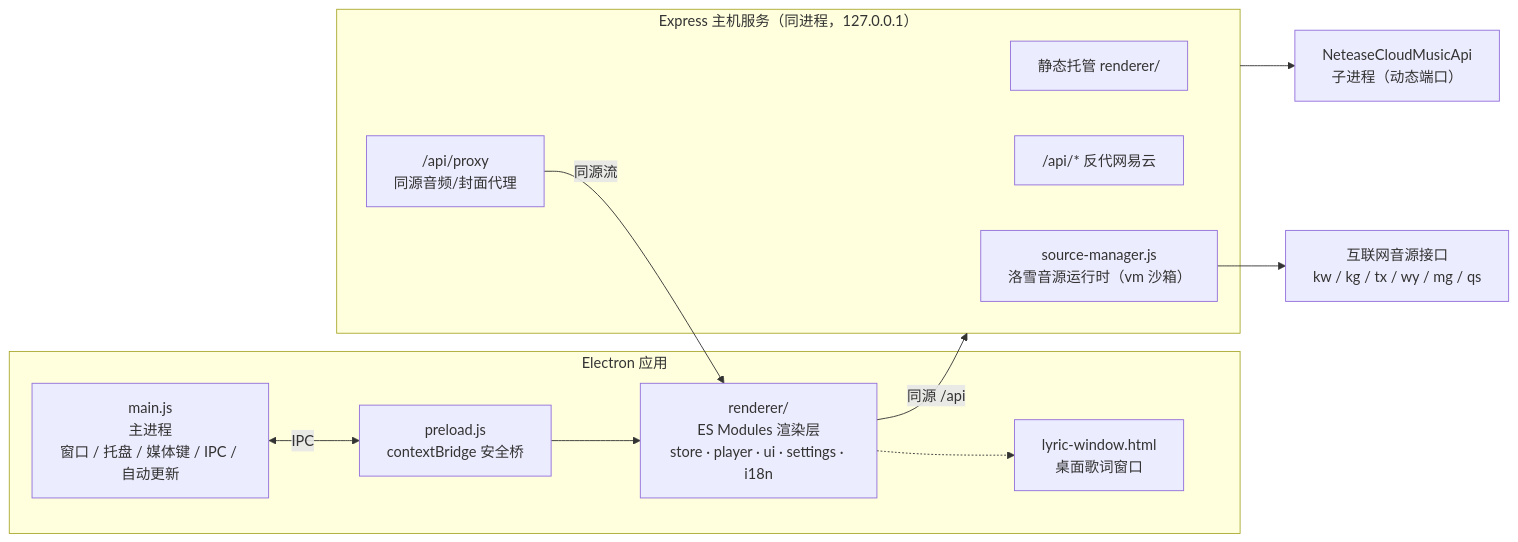
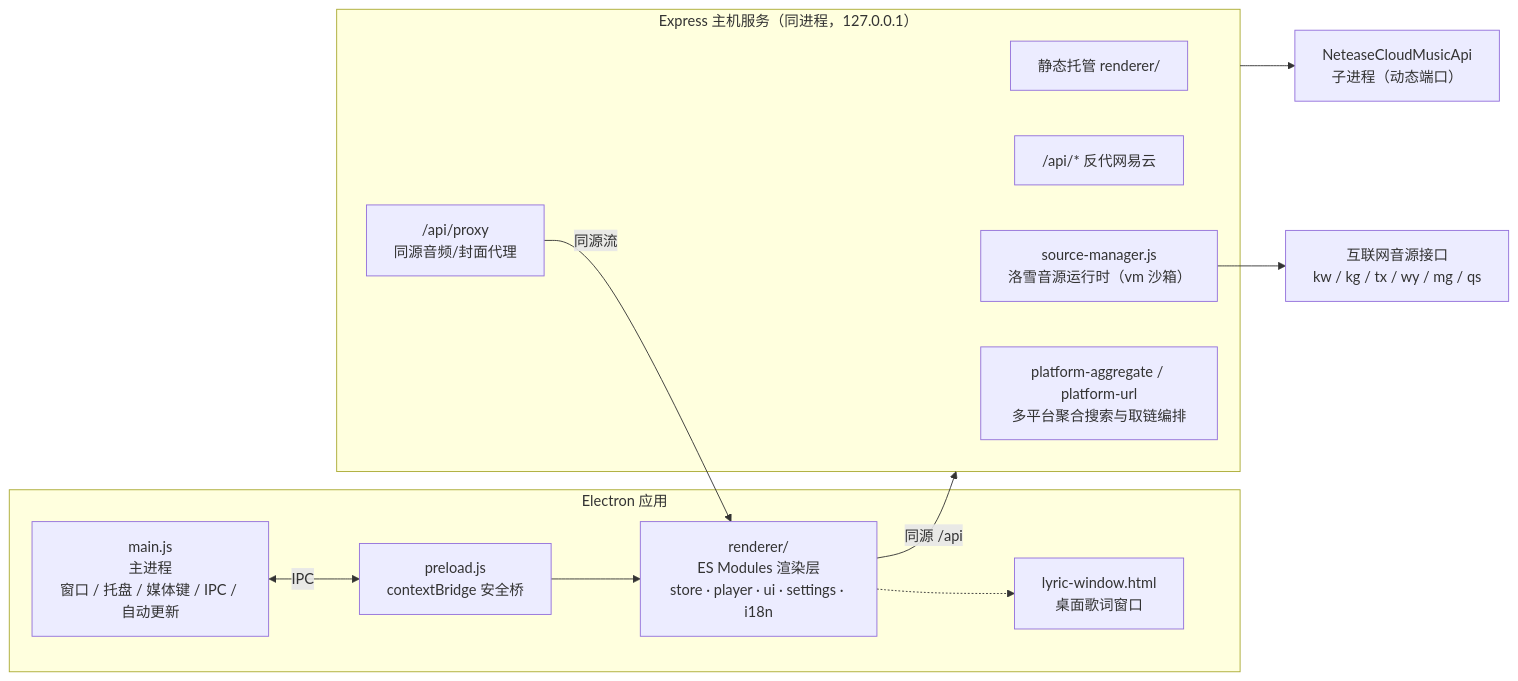
Before and after one commit to kedamano/Lonely-Guy-Music: the diagram in README.md, drawn with Mermaid. The commit also changed other lines of this file and 30 other files, not shown here.

````diff
--- a/README.md
+++ b/README.md
@@ -178,26 +178,27 @@
 ```mermaid
 flowchart LR
     subgraph Electron["Electron 应用"]
         MAIN["main.js<br/>主进程<br/>窗口 / 托盘 / 媒体键 / IPC / 自动更新"]
         PRE["preload.js<br/>contextBridge 安全桥"]
         RENDER["renderer/<br/>ES Modules 渲染层<br/>store · player · ui · settings · i18n"]
         LYRIC["lyric-window.html<br/>桌面歌词窗口"]
         MAIN <-->|IPC| PRE --> RENDER
         RENDER -.-> LYRIC
     end
 
     subgraph HostServer["Express 主机服务（同进程，127.0.0.1）"]
         UI["静态托管 renderer/"]
         API["/api/* 反代网易云"]
         PROXY["/api/proxy<br/>同源音频/封面代理"]
         SOURCES["source-manager.js<br/>洛雪音源运行时（vm 沙箱）"]
+        PLAT["platform-aggregate / platform-url<br/>多平台聚合搜索与取链编排"]
     end
 
     NCM["NeteaseCloudMusicApi<br/>子进程（动态端口）"]
     NET["互联网音源接口<br/>kw / kg / tx / wy / mg / qs"]
 
     RENDER -->|同源 /api| HostServer
     HostServer --> NCM
     SOURCES --> NET
     PROXY -->|同源流| RENDER
 ```
````
